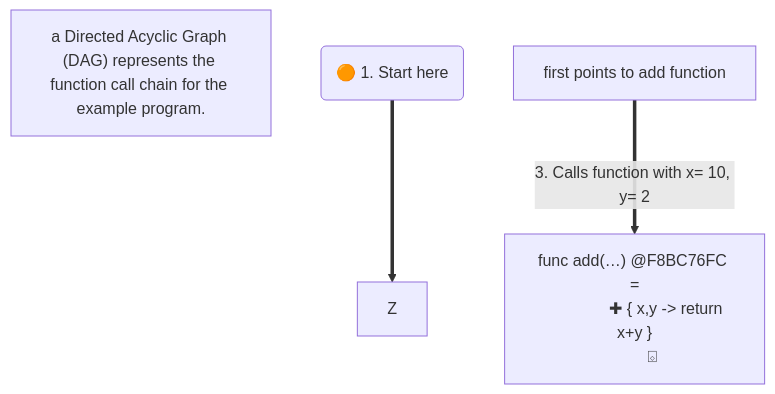
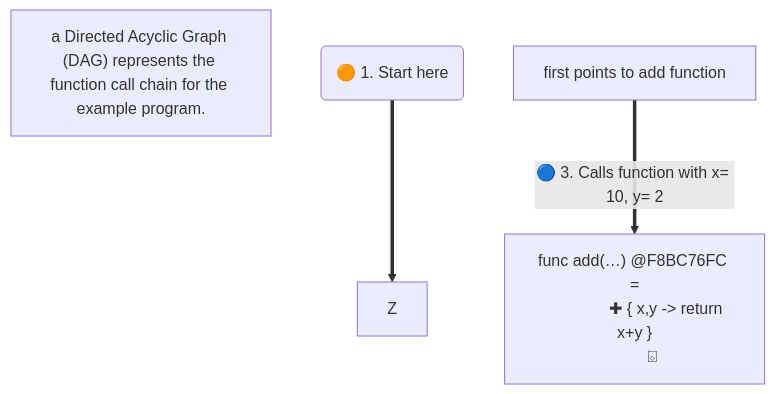
Before and after one commit to realityexpander/How_to_program_from_ground_up: the first of 2 diagrams in 10-FunctionalProgramming.md, drawn with Mermaid.

Commit message:
improve diagram

````diff
--- a/10-FunctionalProgramming.md
+++ b/10-FunctionalProgramming.md
@@ -50,11 +50,11 @@
 ```mermaid
 flowchart TB
 
     note["`a Directed Acyclic Graph (DAG) represents the function call chain for the example program.`"]
 
     start("🟠 1. Start here") ==> Z
 
-    X["first points to add function "] ==>| 3. Calls function with x= 10, y= 2| addFn[" func add(…) @F8BC76FC =
+    X["first points to add function "] ==>|🔵 3. Calls function with x= 10, y= 2| addFn[" func add(…) @F8BC76FC =
                ✚ { x,y -> return x+y }
         ⌺"]
 ```
````
